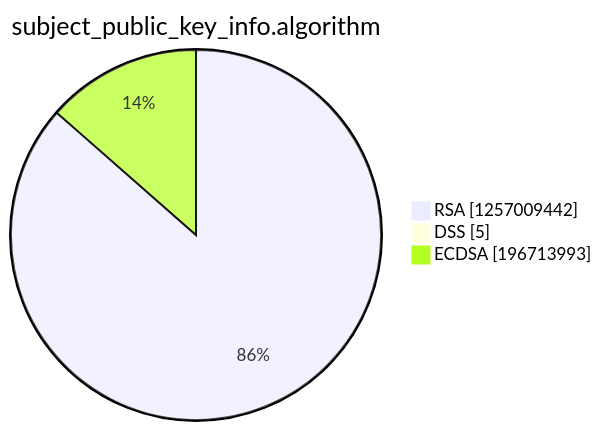
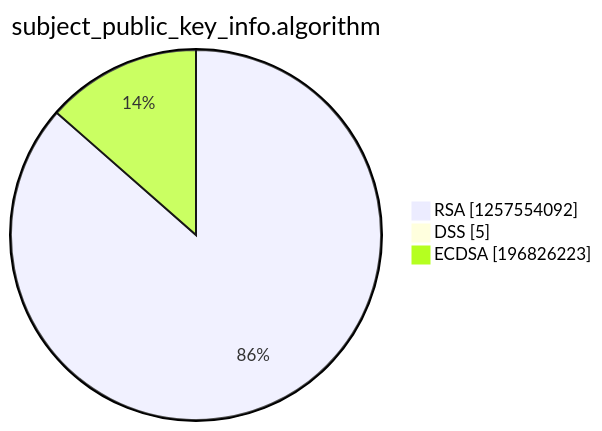
Before and after one commit to christiankrug/ctmonitor_visualization: the third of 15 diagrams in argon2022/README.md, drawn with Mermaid. The commit also changed other lines of this file, not shown here.

````diff
--- a/argon2022/README.md
+++ b/argon2022/README.md
@@ -14,7 +14,7 @@
 ```mermaid
 pie showData
 title subject_public_key_info.algorithm
-"RSA" :1257009442
+"RSA" :1257554092
 "DSS" :5
-"ECDSA" :196713993
+"ECDSA" :196826223
 ```
````
